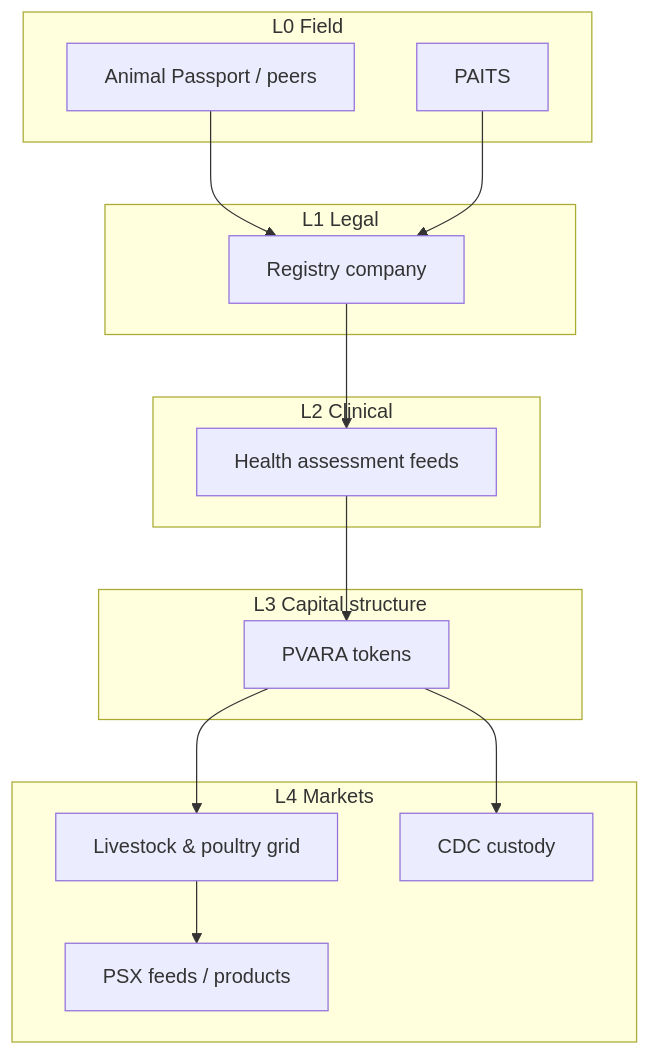
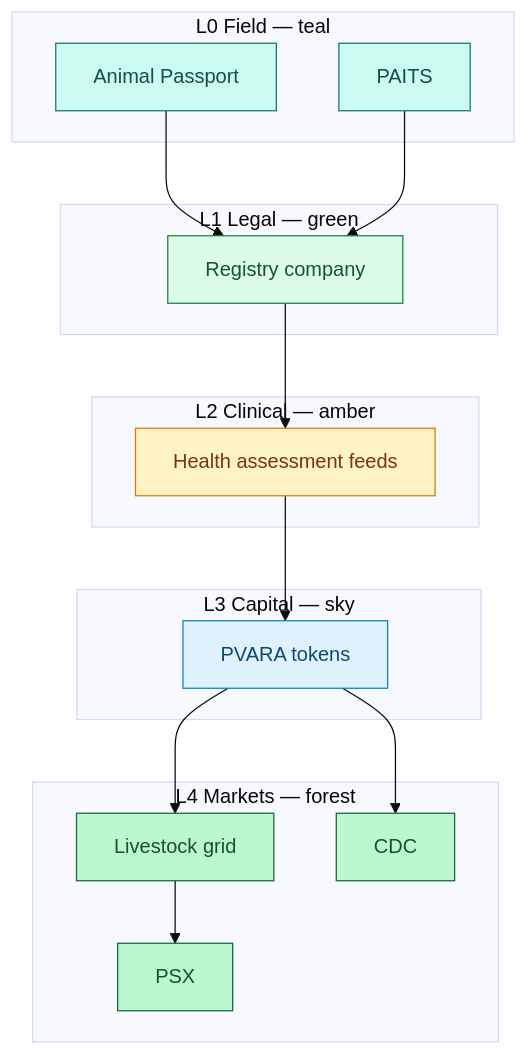
The diagram in 01-executive-summary.md (AmmarJamshed/livestock-smart-asset-stack-whitepaper), drawn with Mermaid before and after one commit. The commit also changed other lines of this file and 13 other files, not shown here.

Commit message:
style: colourful GitBook theme, hints, and diagram polish

````diff
--- a/01-executive-summary.md
+++ b/01-executive-summary.md
@@ -23,28 +23,39 @@
 ```mermaid
+%%{init: {'theme':'base'}}%%
 flowchart TB
-  subgraph L0["L0 Field"]
-    AP[Animal Passport / peers]
+  subgraph L0["L0 Field — teal"]
+    AP[Animal Passport]
     PA[PAITS]
   end
-  subgraph L1["L1 Legal"]
+  subgraph L1["L1 Legal — green"]
     REG[Registry company]
   end
-  subgraph L2["L2 Clinical"]
+  subgraph L2["L2 Clinical — amber"]
     HF[Health assessment feeds]
   end
-  subgraph L3["L3 Capital structure"]
+  subgraph L3["L3 Capital — sky"]
     TOK[PVARA tokens]
   end
-  subgraph L4["L4 Markets"]
-    GRID[Livestock & poultry grid]
-    PSX[PSX feeds / products]
-    CDC[CDC custody]
+  subgraph L4["L4 Markets — forest"]
+    GRID[Livestock grid]
+    PSX[PSX]
+    CDC[CDC]
   end
   AP --> REG
   PA --> REG
   REG --> HF
   HF --> TOK
   TOK --> GRID
   GRID --> PSX
   TOK --> CDC
+  classDef t fill:#CCFBF1,stroke:#0F766E,color:#134E4A
+  classDef g fill:#DCFCE7,stroke:#15803D,color:#14532D
+  classDef a fill:#FEF3C7,stroke:#D97706,color:#78350F
+  classDef s fill:#E0F2FE,stroke:#0284C7,color:#0C4A6E
+  classDef f fill:#BBF7D0,stroke:#166534,color:#14532D
+  class AP,PA t
+  class REG g
+  class HF a
+  class TOK s
+  class GRID,PSX,CDC f
 ```
````
